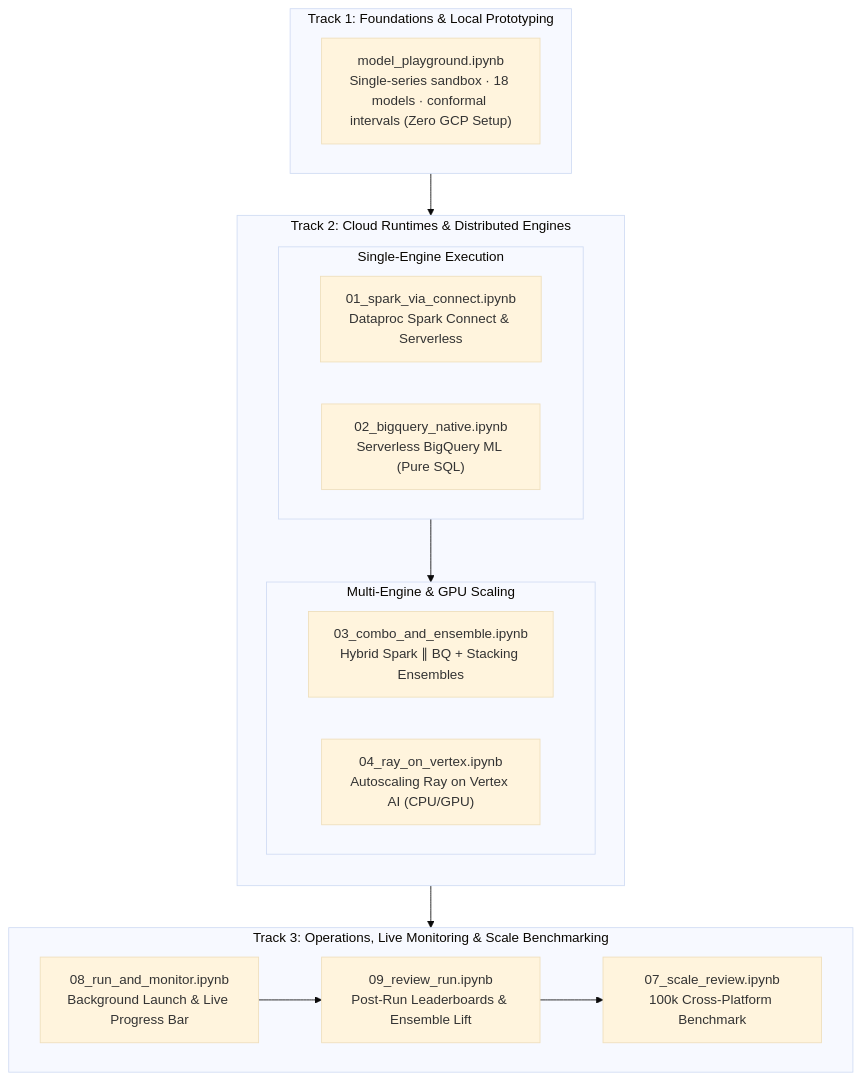
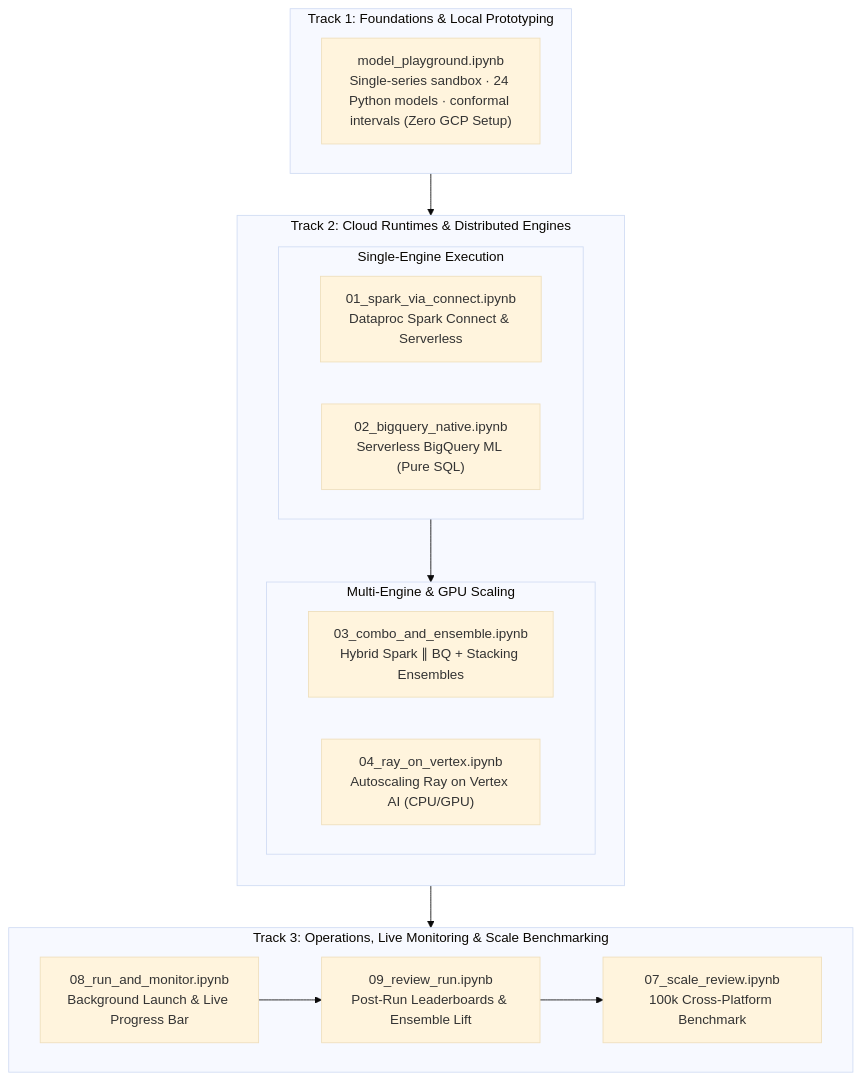
The fifth of 6 diagrams in README.md (statmike/scale-forecasting), drawn with Mermaid (base theme) before and after one commit. The commit also changed other lines of this file and 52 other files, not shown here.

````diff
--- a/README.md
+++ b/README.md
@@ -476,28 +495,28 @@
 ```mermaid
 flowchart TD
     subgraph Track1["Track 1: Foundations & Local Prototyping"]
-        NB0["model_playground.ipynb<br/>Single-series sandbox · 18 models · conformal intervals (Zero GCP Setup)"]
+        NB0["model_playground.ipynb<br/>Single-series sandbox · 24 Python models · conformal intervals (Zero GCP Setup)"]
     end
 
     subgraph Track2["Track 2: Cloud Runtimes & Distributed Engines"]
         direction TB
         subgraph Single["Single-Engine Execution"]
             direction LR
             NB1["01_spark_via_connect.ipynb<br/>Dataproc Spark Connect & Serverless"]
             NB2["02_bigquery_native.ipynb<br/>Serverless BigQuery ML (Pure SQL)"]
         end
         subgraph Multi["Multi-Engine & GPU Scaling"]
             direction LR
             NB3["03_combo_and_ensemble.ipynb<br/>Hybrid Spark ∥ BQ + Stacking Ensembles"]
             NB4["04_ray_on_vertex.ipynb<br/>Autoscaling Ray on Vertex AI (CPU/GPU)"]
         end
         Single --> Multi
     end
 
     subgraph Track3["Track 3: Operations, Live Monitoring & Scale Benchmarking"]
         direction LR
         NB8["08_run_and_monitor.ipynb<br/>Background Launch & Live Progress Bar"] --> NB9["09_review_run.ipynb<br/>Post-Run Leaderboards & Ensemble Lift"] --> NB7["07_scale_review.ipynb<br/>100k Cross-Platform Benchmark"]
     end
 
     Track1 --> Track2 --> Track3
 ```
````
